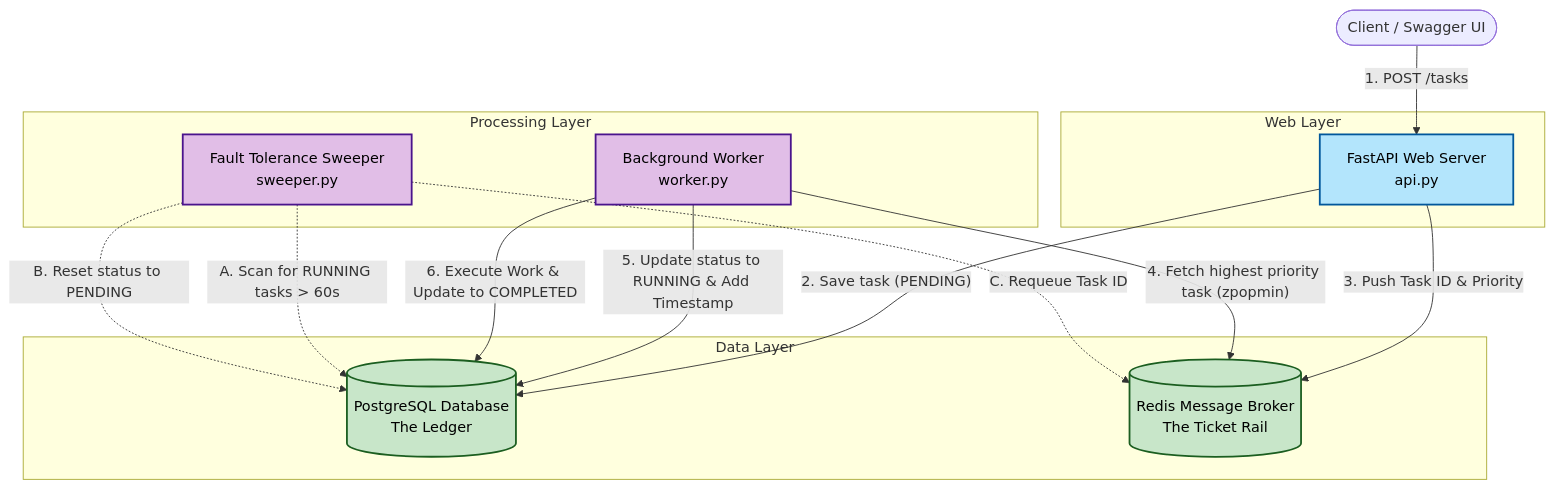
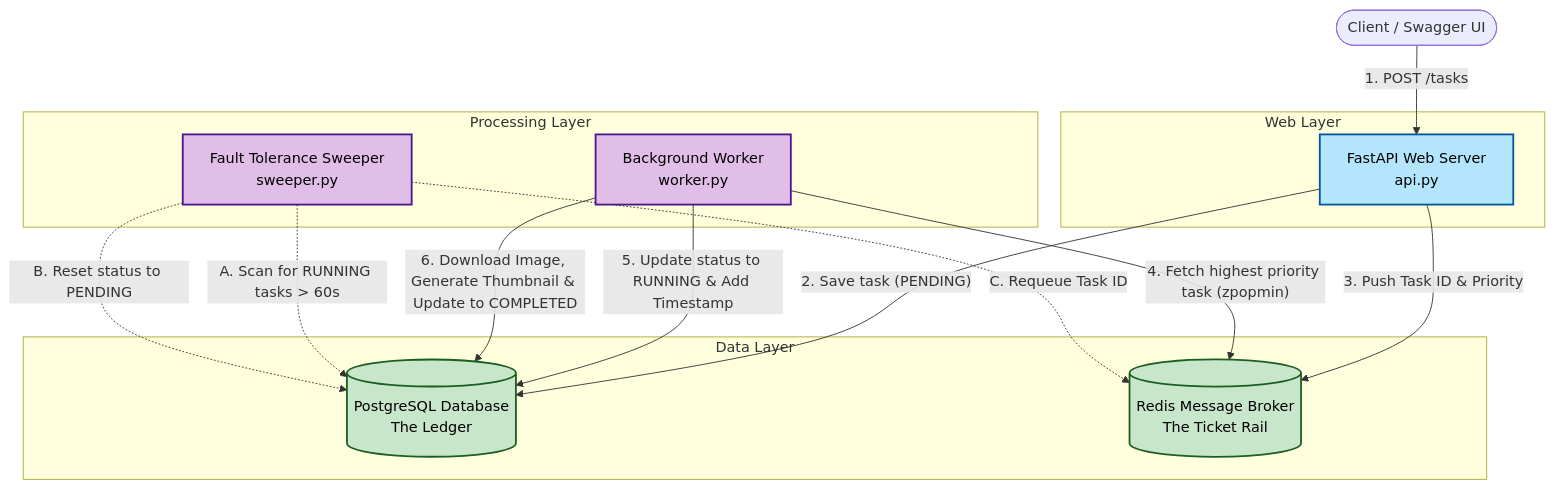
The diagram in README.md (Parth7234/distributed-task-scheduler), drawn with Mermaid before and after one commit. The commit also changed other lines of this file and 11 other files, not shown here.

First line of the commit message:
add real image compression task execution to worker

````diff
--- a/README.md
+++ b/README.md
@@ -9,38 +9,38 @@
 ```mermaid
 graph TD
     Client([Client / Swagger UI])
 
     subgraph Web Layer
         API[FastAPI Web Server<br/>api.py]
     end
 
     subgraph Data Layer
         DB[(PostgreSQL Database<br/>The Ledger)]
         Redis[(Redis Message Broker<br/>The Ticket Rail)]
     end
 
     subgraph Processing Layer
         Worker[Background Worker<br/>worker.py]
         Sweeper[Fault Tolerance Sweeper<br/>sweeper.py]
     end
 
     Client -- "1. POST /tasks" --> API
     API -- "2. Save task (PENDING)" --> DB
     API -- "3. Push Task ID & Priority" --> Redis
 
     Worker -- "4. Fetch highest priority task (zpopmin)" --> Redis
     Worker -- "5. Update status to RUNNING & Add Timestamp" --> DB
-    Worker -- "6. Execute Work & Update to COMPLETED" --> DB
+    Worker -- "6. Download Image, Generate Thumbnail & Update to COMPLETED" --> DB
 
     Sweeper -. "A. Scan for RUNNING tasks > 60s" .-> DB
     Sweeper -. "B. Reset status to PENDING" .-> DB
     Sweeper -. "C. Requeue Task ID" .-> Redis
     
     classDef web fill:#b3e5fc,stroke:#01579b,stroke-width:2px,color:#000;
     classDef data fill:#c8e6c9,stroke:#1b5e20,stroke-width:2px,color:#000;
     classDef processing fill:#e1bee7,stroke:#4a148c,stroke-width:2px,color:#000;
     
     class API web;
     class DB,Redis data;
     class Worker,Sweeper processing;
 ```
````
